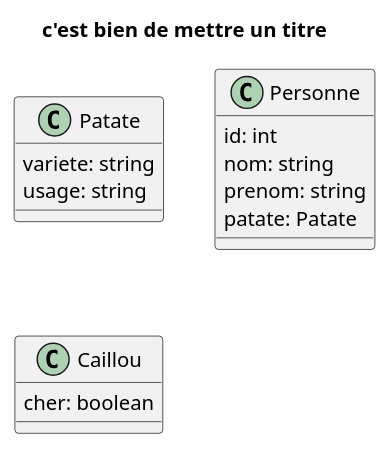
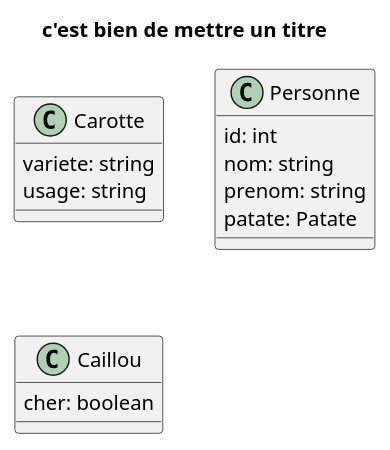
One commit to gh4w/covoiturage changed the diagram in conception/uml/modelisation.plantuml. Above: the diagram before and after it, drawn with PlantUML. The commit also changed other lines of this file, not shown here.

```diff
--- a/conception/uml/modelisation.plantuml
+++ b/conception/uml/modelisation.plantuml
@@ -1,22 +1,22 @@
 @startuml
 
 title c'est bien de mettre un titre
 
-class Patate {
+class Carotte {
     variete: string
     usage: string
 }
 
 class Personne {
     id: int
     nom: string
     prenom: string
     patate: Patate
 }
 
 class Caillou {
     cher: boolean
 }
 
 
 @enduml
```
